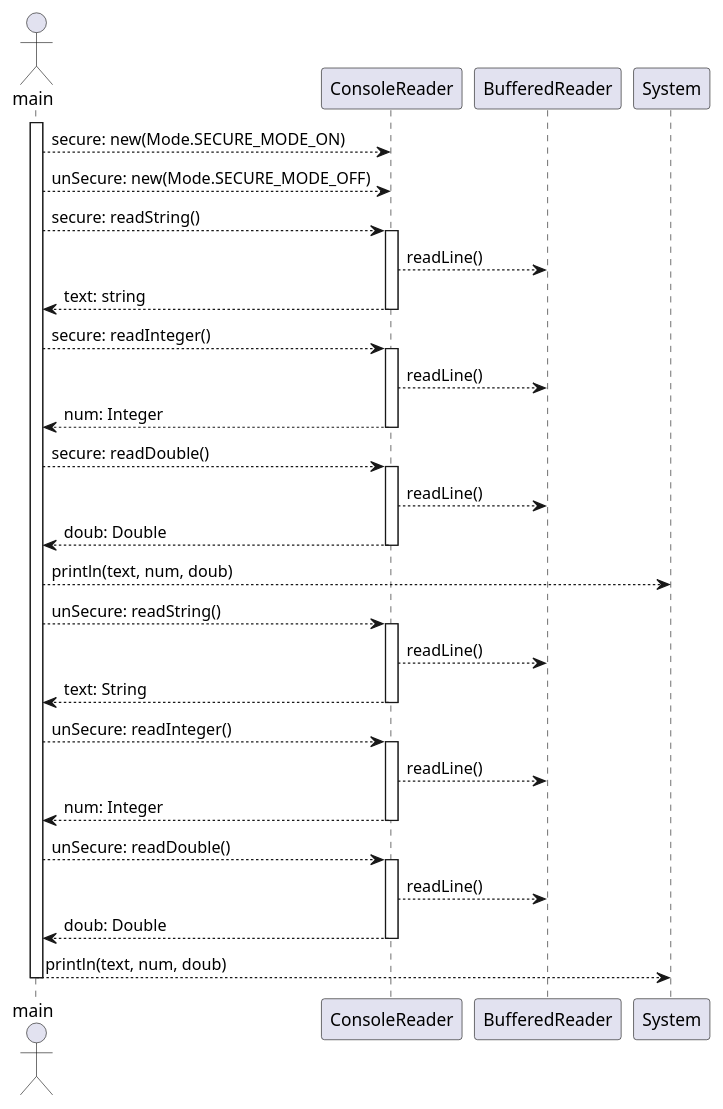
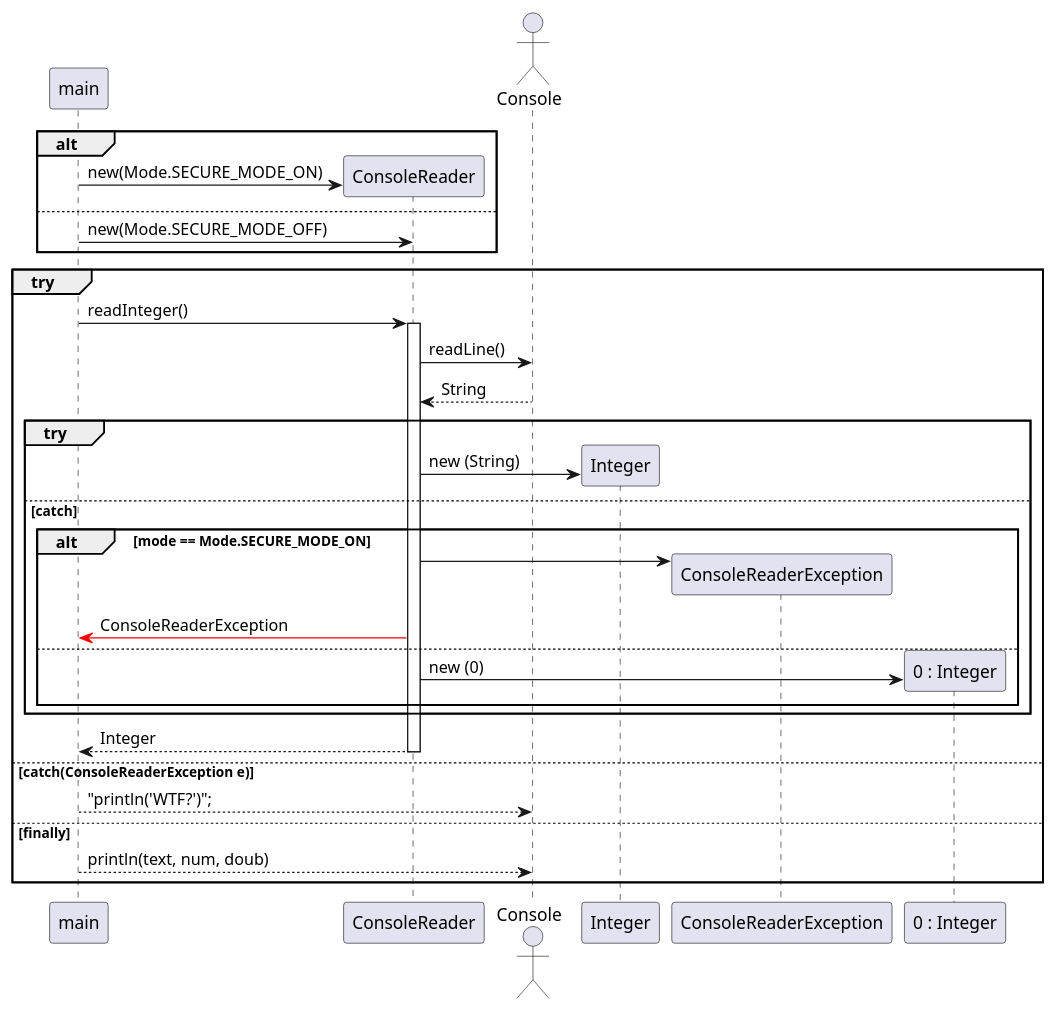
Before and after one commit to BeqaKhaburdzania/FreeUni-SDP-2013-Lab-UML: the diagram in Facade/uml/FacadeSequenceDiagram.puml, drawn with PlantUML.

```diff
--- a/Facade/uml/FacadeSequenceDiagram.puml
+++ b/Facade/uml/FacadeSequenceDiagram.puml
@@ -1,47 +1,45 @@
 @startuml
-	actor main
-	activate main
-	main --> ConsoleReader : secure: new(Mode.SECURE_MODE_ON)
-	main --> ConsoleReader : unSecure: new(Mode.SECURE_MODE_OFF)
+
+	participant main
+
+	participant "ConsoleReader" as reader
 	
-	main --> ConsoleReader : secure: readString()
-	activate ConsoleReader
-		ConsoleReader --> BufferedReader : readLine()
-		ConsoleReader --> main : text: string
-	deactivate ConsoleReader
+	alt
+	create reader 
+		main -> reader : new(Mode.SECURE_MODE_ON)
+	else
+		main -> reader : new(Mode.SECURE_MODE_OFF)
+	end
+	actor Console
 	
-	main --> ConsoleReader : secure: readInteger()
-	activate ConsoleReader
-		ConsoleReader --> BufferedReader : readLine()
-		ConsoleReader --> main : num: Integer
-	deactivate ConsoleReader
-
-	main --> ConsoleReader : secure: readDouble()
-	activate ConsoleReader
-		ConsoleReader --> BufferedReader : readLine()
-		ConsoleReader --> main : doub: Double
-	deactivate ConsoleReader	
+	group try 
 	
-	main --> System: println(text, num, doub)
+		main -> reader : readInteger()
+		activate reader
+			reader -> Console : readLine()
+			Console --> reader : String
+			create Integer
+			group try
+				reader -> Integer: new (String)
+			else catch
+				alt mode == Mode.SECURE_MODE_ON
+					create ConsoleReaderException
+					reader -> ConsoleReaderException
+					reader -[#red]> main : ConsoleReaderException 	
+				else 
+				    participant "0 : Integer" as 0
+				    create 0
+					reader -> 0 : new (0)
+				end 
+			end
+			reader --> main : Integer
+		deactivate reader
 	
-	main --> ConsoleReader : unSecure: readString()
-	activate ConsoleReader
-		ConsoleReader --> BufferedReader : readLine()
-		ConsoleReader --> main : text: String
-	deactivate ConsoleReader
+	else catch(ConsoleReaderException e)
+		main --> Console : "println('WTF?')";
+	else finally
+		main --> Console : println(text, num, doub)
+	end
 	
-	main --> ConsoleReader : unSecure: readInteger()
-	activate ConsoleReader
-		ConsoleReader --> BufferedReader : readLine()
-		ConsoleReader --> main : num: Integer
-	deactivate ConsoleReader
 	
-	main --> ConsoleReader : unSecure: readDouble()
-	activate ConsoleReader
-		ConsoleReader --> BufferedReader : readLine()
-		ConsoleReader --> main : doub: Double
-	deactivate ConsoleReader
-	
-	main --> System: println(text, num, doub)
-	deactivate main
 @enduml
```
